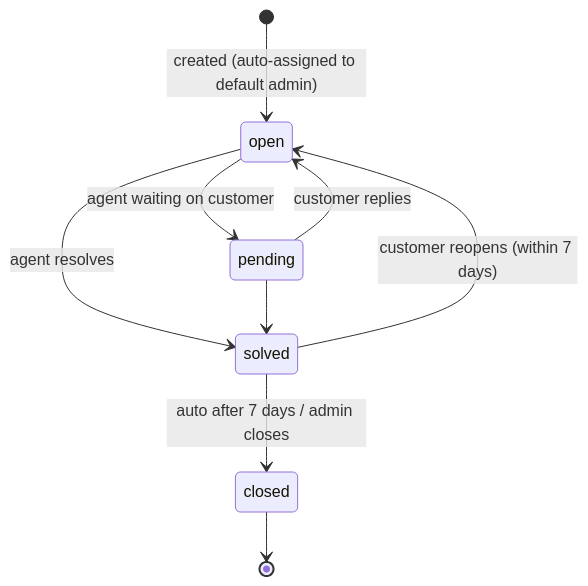
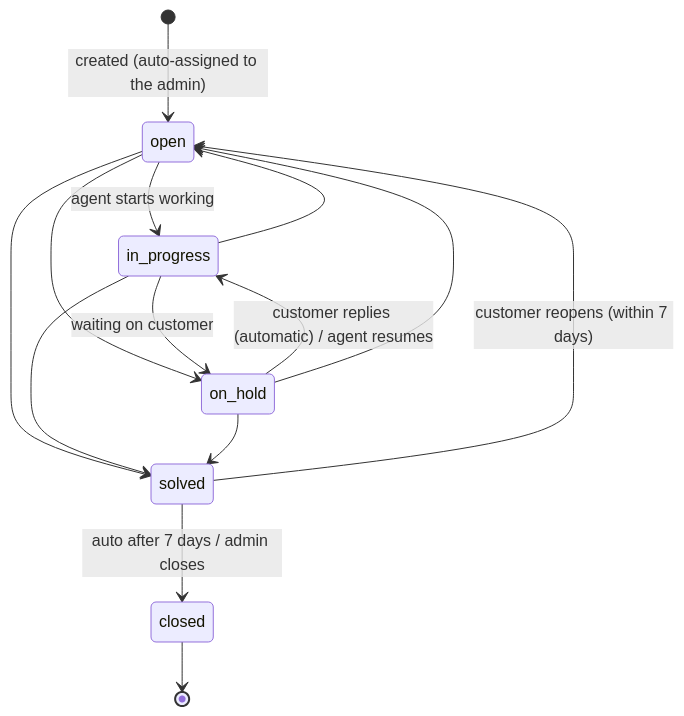
Before and after one commit to priyanka25081999/support-ticketing-system: the third of 6 diagrams in README.md, drawn with Mermaid. The commit also changed other lines of this file and 36 other files, not shown here.

````diff
--- a/README.md
+++ b/README.md
@@ -135,11 +137,16 @@
 ```mermaid
 stateDiagram-v2
-    [*] --> open : created (auto-assigned to default admin)
-    open --> pending : agent waiting on customer
-    pending --> open : customer replies
-    open --> solved : agent resolves
-    pending --> solved
+    [*] --> open : created (auto-assigned to the admin)
+    open --> in_progress : agent starts working
+    open --> on_hold
+    in_progress --> on_hold : waiting on customer
+    on_hold --> in_progress : customer replies (automatic) / agent resumes
+    in_progress --> open
+    on_hold --> open
+    open --> solved
+    in_progress --> solved
+    on_hold --> solved
     solved --> open : customer reopens (within 7 days)
     solved --> closed : auto after 7 days / admin closes
     closed --> [*]
 ```
````
